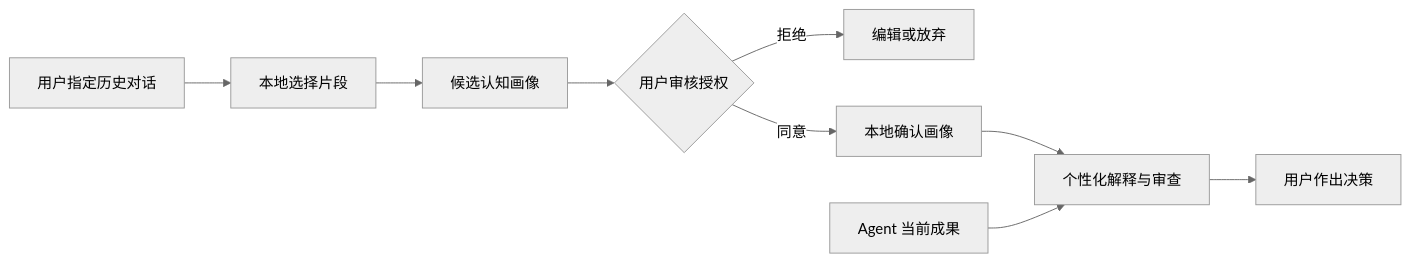
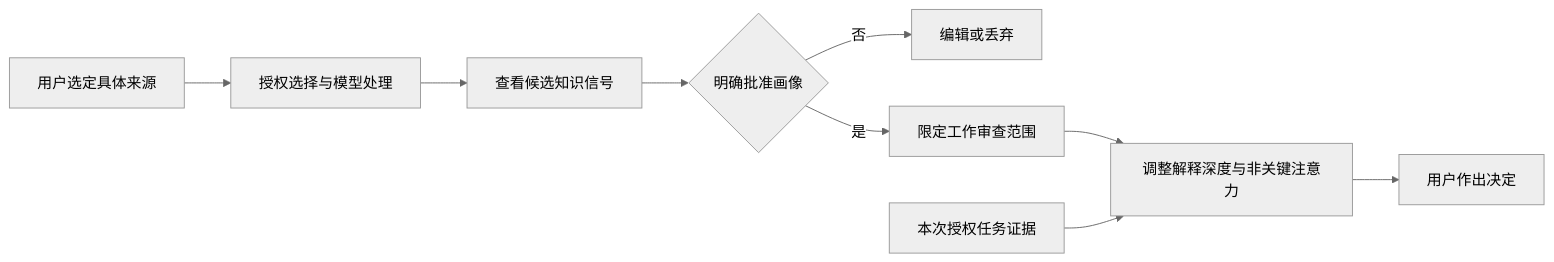
One commit to chenyongssss/maris changed the diagram in README.zh-CN.md. Above: the diagram before and after it, drawn with Mermaid (neutral theme). The commit also changed other lines of this file, not shown here.

````diff
--- a/README.zh-CN.md
+++ b/README.zh-CN.md
@@ -125,11 +95,11 @@
 ```mermaid
 flowchart LR
-  A[用户指定历史对话] --> B[本地选择片段]
-  B --> C[候选认知画像]
-  C --> D{用户审核授权}
-  D -- 拒绝 --> E[编辑或放弃]
-  D -- 同意 --> F[本地确认画像]
-  F --> G[个性化解释与审查]
-  H[Agent 当前成果] --> G
-  G --> I[用户作出决策]
+  A[用户选定具体来源] --> B[授权选择与模型处理]
+  B --> C[查看候选知识信号]
+  C --> D{明确批准画像}
+  D -- 否 --> E[编辑或丢弃]
+  D -- 是 --> F[限定工作审查范围]
+  F --> G[调整解释深度与非关键注意力]
+  H[本次授权任务证据] --> G
+  G --> I[用户作出决定]
 ```
````
